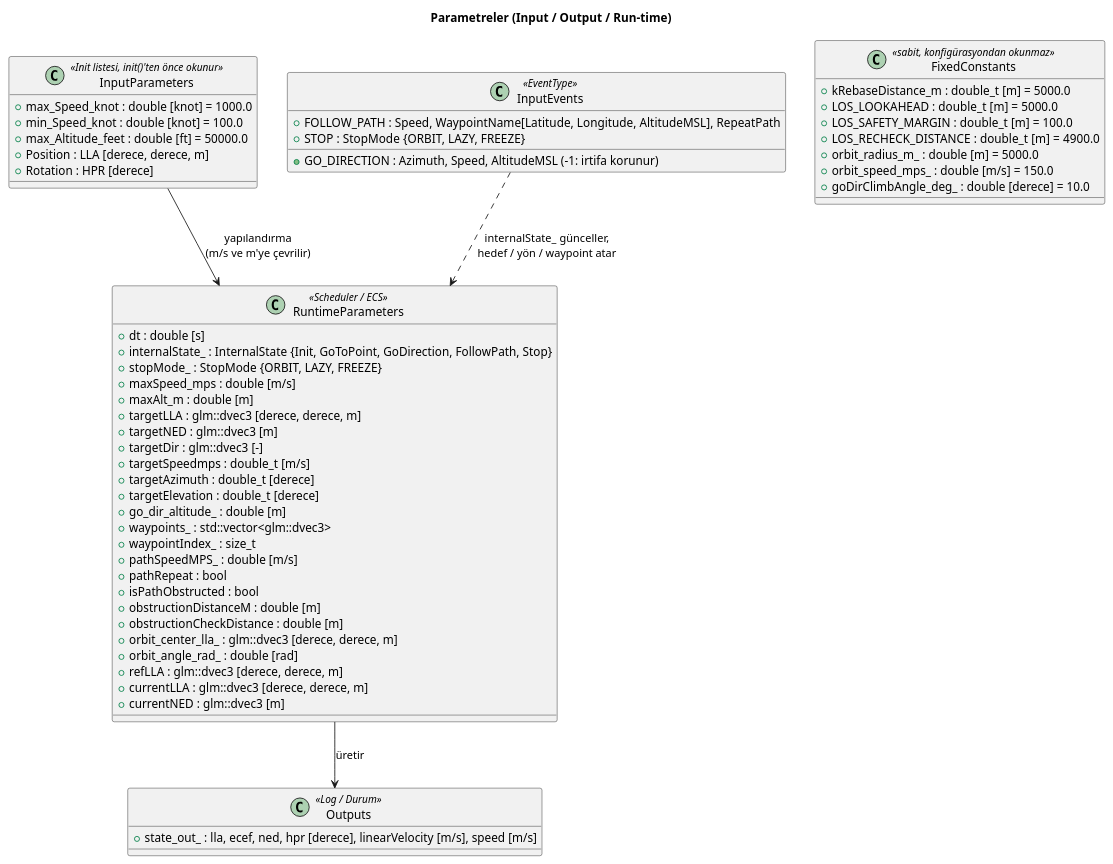
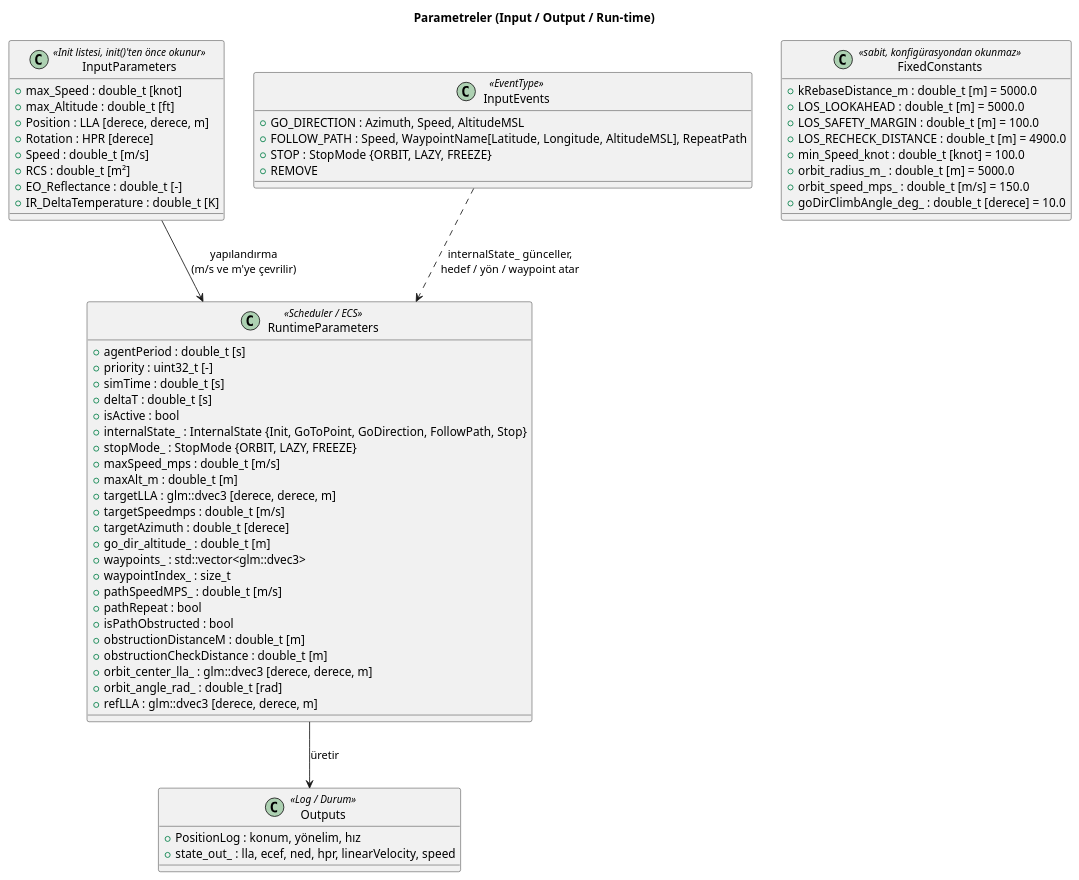
The diagram in parametreler.puml (ahmetyasinkirmizigul/github-slideshow), drawn with PlantUML before and after one commit.

Commit message:
Add agent-level inputs, events and outputs to parameters diagram
Claude-Session: https://claude.ai/code/session_01RwUP9hYG6dbgFx19esnsqP

```diff
--- a/parametreler.puml
+++ b/parametreler.puml
@@ -1,63 +1,68 @@
 @startuml
 title Parametreler (Input / Output / Run-time)
 
 class InputParameters <<Init listesi, init()'ten önce okunur>> {
-  + max_Speed_knot : double [knot] = 1000.0
-  + min_Speed_knot : double [knot] = 100.0
-  + max_Altitude_feet : double [ft] = 50000.0
+  + max_Speed : double_t [knot]
+  + max_Altitude : double_t [ft]
   + Position : LLA [derece, derece, m]
   + Rotation : HPR [derece]
+  + Speed : double_t [m/s]
+  + RCS : double_t [m²]
+  + EO_Reflectance : double_t [-]
+  + IR_DeltaTemperature : double_t [K]
 }
 
 class InputEvents <<EventType>> {
-  + GO_DIRECTION : Azimuth, Speed, AltitudeMSL (-1: irtifa korunur)
+  + GO_DIRECTION : Azimuth, Speed, AltitudeMSL
   + FOLLOW_PATH : Speed, WaypointName[Latitude, Longitude, AltitudeMSL], RepeatPath
   + STOP : StopMode {ORBIT, LAZY, FREEZE}
+  + REMOVE
 }
 
 class FixedConstants <<sabit, konfigürasyondan okunmaz>> {
   + kRebaseDistance_m : double_t [m] = 5000.0
   + LOS_LOOKAHEAD : double_t [m] = 5000.0
   + LOS_SAFETY_MARGIN : double_t [m] = 100.0
   + LOS_RECHECK_DISTANCE : double_t [m] = 4900.0
-  + orbit_radius_m_ : double [m] = 5000.0
-  + orbit_speed_mps_ : double [m/s] = 150.0
-  + goDirClimbAngle_deg_ : double [derece] = 10.0
+  + min_Speed_knot : double_t [knot] = 100.0
+  + orbit_radius_m_ : double_t [m] = 5000.0
+  + orbit_speed_mps_ : double_t [m/s] = 150.0
+  + goDirClimbAngle_deg_ : double_t [derece] = 10.0
 }
 
 class RuntimeParameters <<Scheduler / ECS>> {
-  + dt : double [s]
+  + agentPeriod : double_t [s]
+  + priority : uint32_t [-]
+  + simTime : double_t [s]
+  + deltaT : double_t [s]
+  + isActive : bool
   + internalState_ : InternalState {Init, GoToPoint, GoDirection, FollowPath, Stop}
   + stopMode_ : StopMode {ORBIT, LAZY, FREEZE}
-  + maxSpeed_mps : double [m/s]
-  + maxAlt_m : double [m]
+  + maxSpeed_mps : double_t [m/s]
+  + maxAlt_m : double_t [m]
   + targetLLA : glm::dvec3 [derece, derece, m]
-  + targetNED : glm::dvec3 [m]
-  + targetDir : glm::dvec3 [-]
   + targetSpeedmps : double_t [m/s]
   + targetAzimuth : double_t [derece]
-  + targetElevation : double_t [derece]
-  + go_dir_altitude_ : double [m]
+  + go_dir_altitude_ : double_t [m]
   + waypoints_ : std::vector<glm::dvec3>
   + waypointIndex_ : size_t
-  + pathSpeedMPS_ : double [m/s]
+  + pathSpeedMPS_ : double_t [m/s]
   + pathRepeat : bool
   + isPathObstructed : bool
-  + obstructionDistanceM : double [m]
-  + obstructionCheckDistance : double [m]
+  + obstructionDistanceM : double_t [m]
+  + obstructionCheckDistance : double_t [m]
   + orbit_center_lla_ : glm::dvec3 [derece, derece, m]
-  + orbit_angle_rad_ : double [rad]
+  + orbit_angle_rad_ : double_t [rad]
   + refLLA : glm::dvec3 [derece, derece, m]
-  + currentLLA : glm::dvec3 [derece, derece, m]
-  + currentNED : glm::dvec3 [m]
 }
 
 class Outputs <<Log / Durum>> {
-  + state_out_ : lla, ecef, ned, hpr [derece], linearVelocity [m/s], speed [m/s]
+  + PositionLog : konum, yönelim, hız
+  + state_out_ : lla, ecef, ned, hpr, linearVelocity, speed
 }
 
 InputParameters --> RuntimeParameters : yapılandırma\n(m/s ve m'ye çevrilir)
 InputEvents ..> RuntimeParameters : internalState_ günceller,\nhedef / yön / waypoint atar
 RuntimeParameters --> Outputs : üretir
 
 @enduml
```
